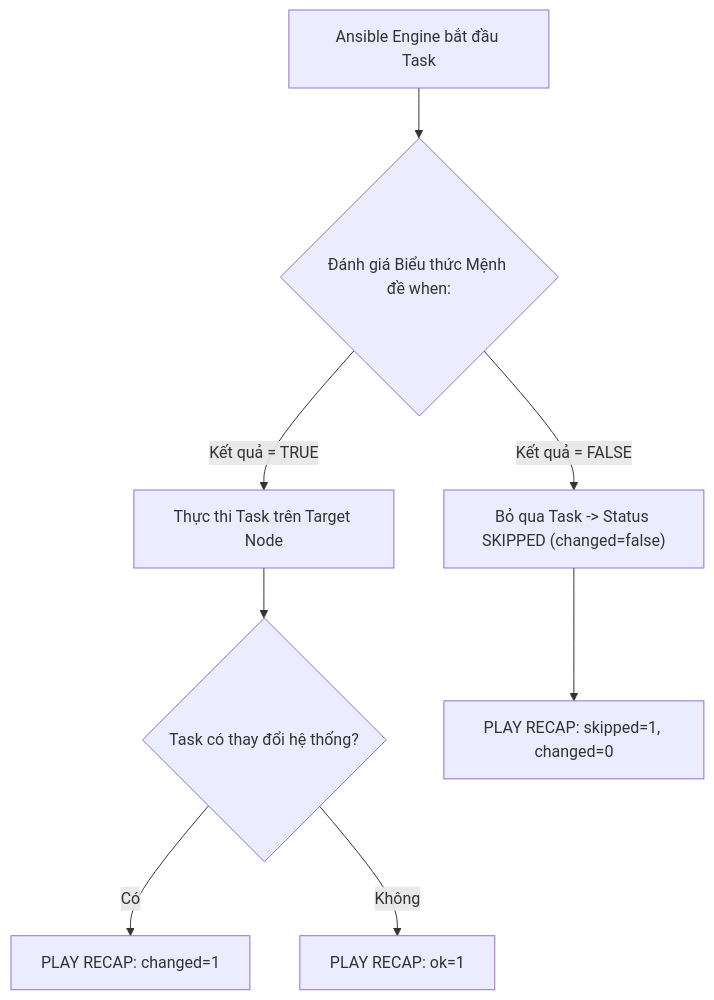
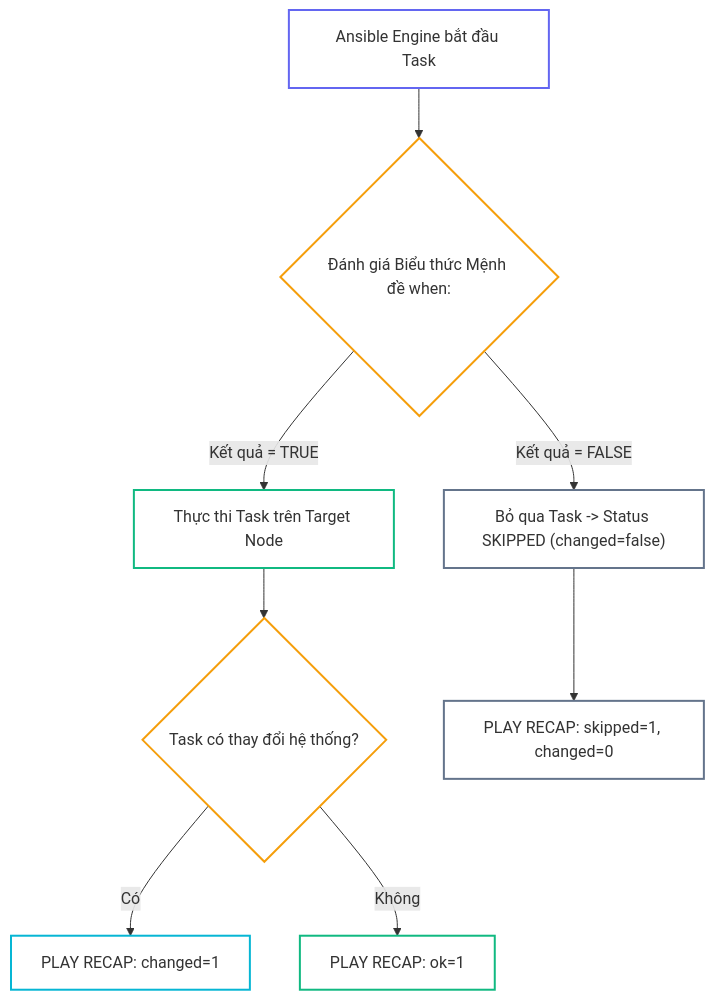
The first of 3 diagrams in _posts/2026-09-13-ansible-09-09-conditionals-when.md (kiennt308/ntk), drawn with Mermaid before and after one commit. The commit also changed other lines of this file and 30 other files, not shown here.

````diff
--- a/_posts/2026-09-13-ansible-09-09-conditionals-when.md
+++ b/_posts/2026-09-13-ansible-09-09-conditionals-when.md
@@ -82,12 +82,21 @@
 ```mermaid
 graph TD
     A["Ansible Engine bắt đầu Task"] --> B{"Đánh giá Biểu thức Mệnh đề when:"}
-    B -- "Kết quả = TRUE" --> C["Thực thi Task trên Target Node"]
-    B -- "Kết quả = FALSE" --> D["Bỏ qua Task -> Status SKIPPED (changed=false)"]
+    B -->|"Kết quả = TRUE"| C["Thực thi Task trên Target Node"]
+    B -->|"Kết quả = FALSE"| D["Bỏ qua Task -> Status SKIPPED (changed=false)"]
     
     C --> E{"Task có thay đổi hệ thống?"}
-    E -- "Có" --> F["PLAY RECAP: changed=1"]
-    E -- "Không" --> G["PLAY RECAP: ok=1"]
+    E -->|"Có"| F["PLAY RECAP: changed=1"]
+    E -->|"Không"| G["PLAY RECAP: ok=1"]
     
     D --> H["PLAY RECAP: skipped=1, changed=0"]
+
+    style A fill:none,stroke:#6366f1,stroke-width:2px
+    style B fill:none,stroke:#f59e0b,stroke-width:2px
+    style C fill:none,stroke:#10b981,stroke-width:2px
+    style D fill:none,stroke:#64748b,stroke-width:2px
+    style E fill:none,stroke:#f59e0b,stroke-width:2px
+    style F fill:none,stroke:#06b6d4,stroke-width:2px
+    style G fill:none,stroke:#10b981,stroke-width:2px
+    style H fill:none,stroke:#64748b,stroke-width:2px
 ```
````
